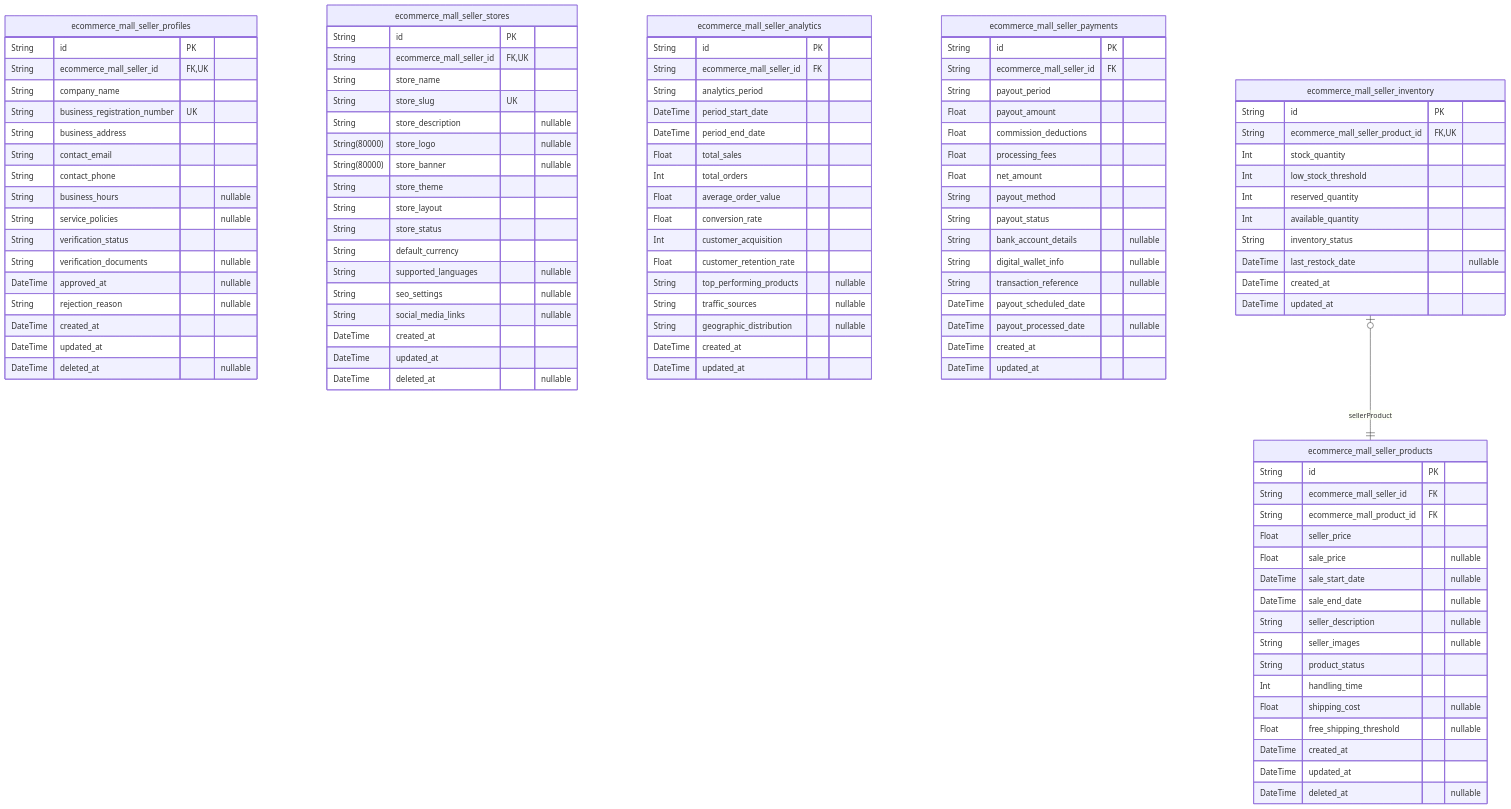
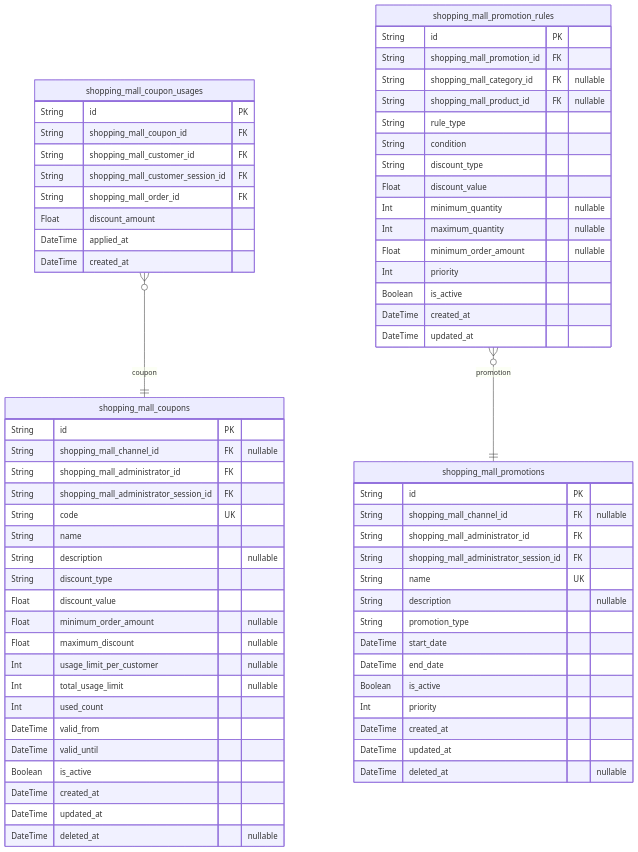
One commit to wrtnlabs/autobe-examples changed the sixth of 10 diagrams in deepseek/deepseek-v3.1-terminus-exacto/shopping/docs/ERD.md. Above: the diagram before and after it, drawn with Mermaid. The commit also changed other lines of this file and 7173 other files, not shown here.

````diff
--- a/deepseek/deepseek-v3.1-terminus-exacto/shopping/docs/ERD.md
+++ b/deepseek/deepseek-v3.1-terminus-exacto/shopping/docs/ERD.md
@@ -1480,107 +1140,70 @@
 ```mermaid
 erDiagram
-"ecommerce_mall_seller_profiles" {
+"shopping_mall_coupons" {
   String id PK
-  String ecommerce_mall_seller_id FK,UK
-  String company_name
-  String business_registration_number UK
-  String business_address
-  String contact_email
-  String contact_phone
-  String business_hours "nullable"
-  String service_policies "nullable"
-  String verification_status
-  String verification_documents "nullable"
-  DateTime approved_at "nullable"
-  String rejection_reason "nullable"
+  String shopping_mall_channel_id FK "nullable"
+  String shopping_mall_administrator_id FK
+  String shopping_mall_administrator_session_id FK
+  String code UK
+  String name
+  String description "nullable"
+  String discount_type
+  Float discount_value
+  Float minimum_order_amount "nullable"
+  Float maximum_discount "nullable"
+  Int usage_limit_per_customer "nullable"
+  Int total_usage_limit "nullable"
+  Int used_count
+  DateTime valid_from
+  DateTime valid_until
+  Boolean is_active
   DateTime created_at
   DateTime updated_at
   DateTime deleted_at "nullable"
 }
-"ecommerce_mall_seller_stores" {
+"shopping_mall_coupon_usages" {
   String id PK
-  String ecommerce_mall_seller_id FK,UK
-  String store_name
-  String store_slug UK
-  String store_description "nullable"
-  String(80000) store_logo "nullable"
-  String(80000) store_banner "nullable"
-  String store_theme
-  String store_layout
-  String store_status
-  String default_currency
-  String supported_languages "nullable"
-  String seo_settings "nullable"
-  String social_media_links "nullable"
+  String shopping_mall_coupon_id FK
+  String shopping_mall_customer_id FK
+  String shopping_mall_customer_session_id FK
+  String shopping_mall_order_id FK
+  Float discount_amount
+  DateTime applied_at
+  DateTime created_at
+}
+"shopping_mall_promotions" {
+  String id PK
+  String shopping_mall_channel_id FK "nullable"
+  String shopping_mall_administrator_id FK
+  String shopping_mall_administrator_session_id FK
+  String name UK
+  String description "nullable"
+  String promotion_type
+  DateTime start_date
+  DateTime end_date
+  Boolean is_active
+  Int priority
   DateTime created_at
   DateTime updated_at
   DateTime deleted_at "nullable"
 }
-"ecommerce_mall_seller_products" {
+"shopping_mall_promotion_rules" {
   String id PK
-  String ecommerce_mall_seller_id FK
-  String ecommerce_mall_product_id FK
-  Float seller_price
-  Float sale_price "nullable"
-  DateTime sale_start_date "nullable"
-  DateTime sale_end_date "nullable"
-  String seller_description "nullable"
-  String seller_images "nullable"
-  String product_status
-  Int handling_time
-  Float shipping_cost "nullable"
-  Float free_shipping_threshold "nullable"
-  DateTime created_at
-  DateTime updated_at
-  DateTime deleted_at "nullable"
-}
-"ecommerce_mall_seller_analytics" {
-  String id PK
-  String ecommerce_mall_seller_id FK
-  String analytics_period
-  DateTime period_start_date
-  DateTime period_end_date
-  Float total_sales
-  Int total_orders
-  Float average_order_value
-  Float conversion_rate
-  Int customer_acquisition
-  Float customer_retention_rate
-  String top_performing_products "nullable"
-  String traffic_sources "nullable"
-  String geographic_distribution "nullable"
+  String shopping_mall_promotion_id FK
+  String shopping_mall_category_id FK "nullable"
+  String shopping_mall_product_id FK "nullable"
+  String rule_type
+  String condition
+  String discount_type
+  Float discount_value
+  Int minimum_quantity "nullable"
+  Int maximum_quantity "nullable"
+  Float minimum_order_amount "nullable"
+  Int priority
+  Boolean is_active
   DateTime created_at
   DateTime updated_at
 }
-"ecommerce_mall_seller_payments" {
-  String id PK
-  String ecommerce_mall_seller_id FK
-  String payout_period
-  Float payout_amount
-  Float commission_deductions
-  Float processing_fees
-  Float net_amount
-  String payout_method
-  String payout_status
-  String bank_account_details "nullable"
-  String digital_wallet_info "nullable"
-  String transaction_reference "nullable"
-  DateTime payout_scheduled_date
-  DateTime payout_processed_date "nullable"
-  DateTime created_at
-  DateTime updated_at
-}
-"ecommerce_mall_seller_inventory" {
-  String id PK
-  String ecommerce_mall_seller_product_id FK,UK
-  Int stock_quantity
-  Int low_stock_threshold
-  Int reserved_quantity
-  Int available_quantity
-  String inventory_status
-  DateTime last_restock_date "nullable"
-  DateTime created_at
-  DateTime updated_at
-}
-"ecommerce_mall_seller_inventory" |o--|| "ecommerce_mall_seller_products" : sellerProduct
+"shopping_mall_coupon_usages" }o--|| "shopping_mall_coupons" : coupon
+"shopping_mall_promotion_rules" }o--|| "shopping_mall_promotions" : promotion
 ```
````
